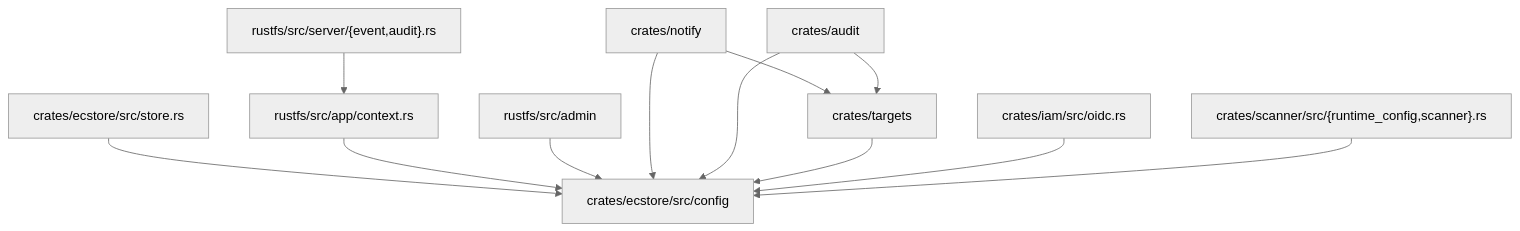
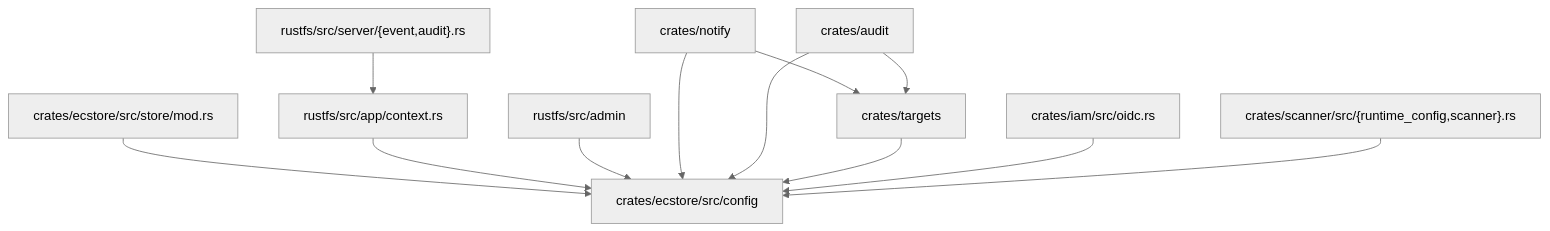
The diagram in docs/architecture/ecstore-config-consumer-inventory.md (rustfs/rustfs), drawn with Mermaid (neutral theme) before and after one commit. The commit also changed other lines of this file and 26 other files, not shown here.

````diff
--- a/docs/architecture/ecstore-config-consumer-inventory.md
+++ b/docs/architecture/ecstore-config-consumer-inventory.md
@@ -42,25 +42,25 @@
 ```mermaid
 flowchart TB
     EC["crates/ecstore/src/config"]
-    Store["crates/ecstore/src/store.rs"]
+    Store["crates/ecstore/src/store/mod.rs"]
     AppCtx["rustfs/src/app/context.rs"]
     Server["rustfs/src/server/{event,audit}.rs"]
     Admin["rustfs/src/admin"]
     Notify["crates/notify"]
     Audit["crates/audit"]
     Targets["crates/targets"]
     IAM["crates/iam/src/oidc.rs"]
     Scanner["crates/scanner/src/{runtime_config,scanner}.rs"]
 
     Store --> EC
     AppCtx --> EC
     Server --> AppCtx
     Admin --> EC
     Notify --> EC
     Audit --> EC
     Targets --> EC
     Notify --> Targets
     Audit --> Targets
     IAM --> EC
     Scanner --> EC
 ```
````
